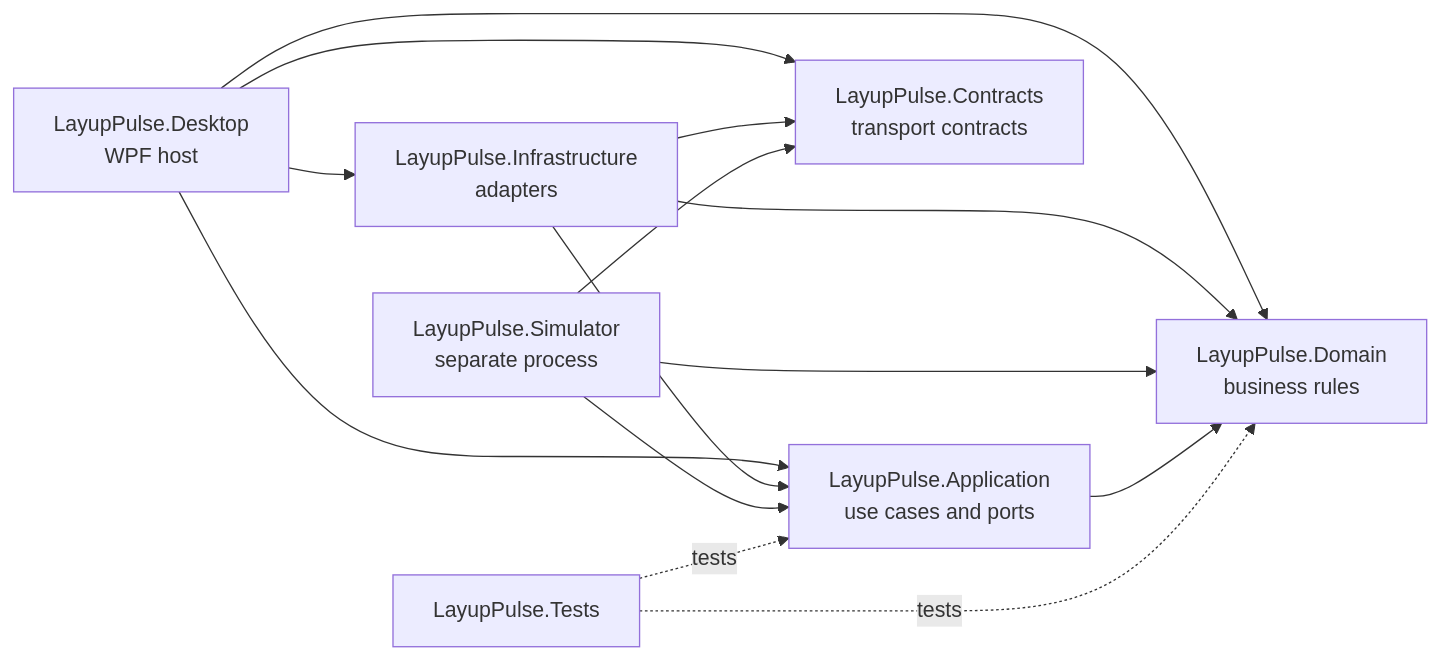
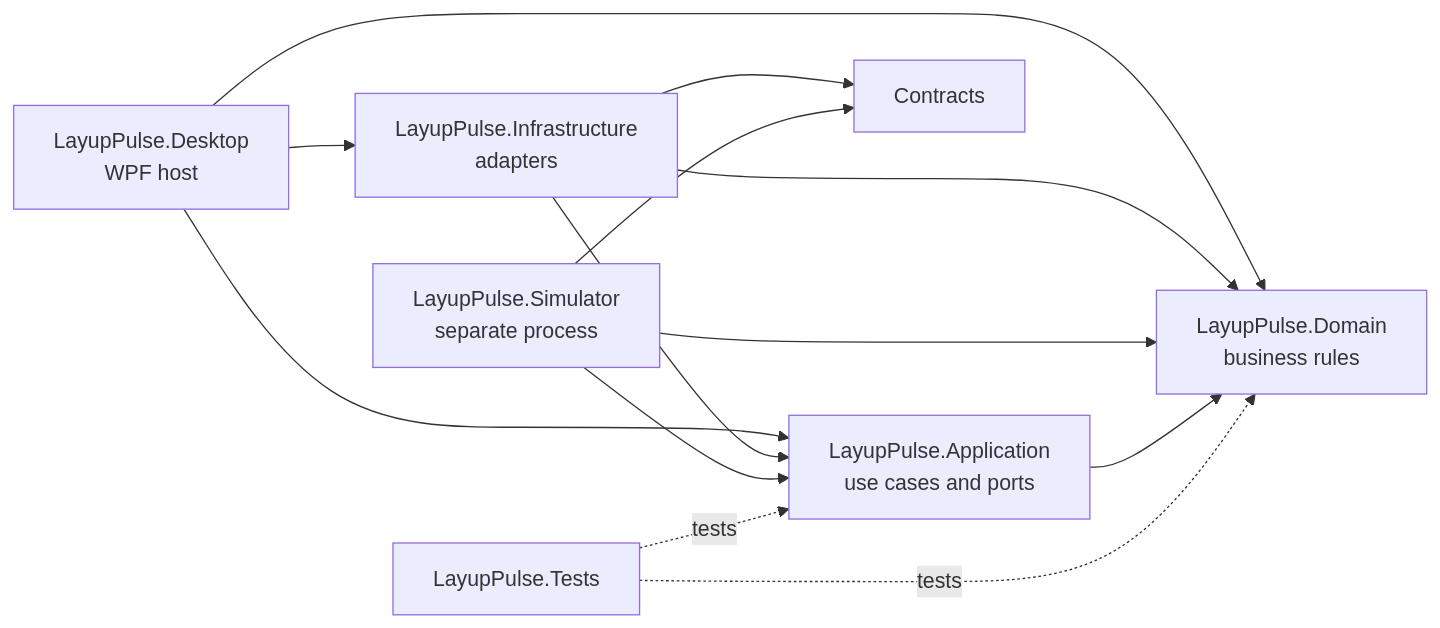
The first of 5 diagrams in docs/architecture.md (arnaud-wissart-lab/layup-pulse), drawn with Mermaid before and after one commit. The commit also changed other lines of this file and 3 other files, not shown here.

````diff
--- a/docs/architecture.md
+++ b/docs/architecture.md
@@ -35,19 +35,18 @@
 ```mermaid
 flowchart LR
     Desktop["LayupPulse.Desktop<br/>WPF host"] --> Application["LayupPulse.Application<br/>use cases and ports"]
     Desktop --> Domain["LayupPulse.Domain<br/>business rules"]
     Desktop --> Infrastructure["LayupPulse.Infrastructure<br/>adapters"]
-    Desktop --> Contracts["LayupPulse.Contracts<br/>transport contracts"]
 
     Infrastructure --> Application
     Infrastructure --> Domain
     Infrastructure --> Contracts
 
     Simulator["LayupPulse.Simulator<br/>separate process"] --> Application
     Simulator --> Domain
     Simulator --> Contracts
 
     Application --> Domain
     Tests["LayupPulse.Tests"] -. tests .-> Domain
     Tests -. tests .-> Application
 ```
````
